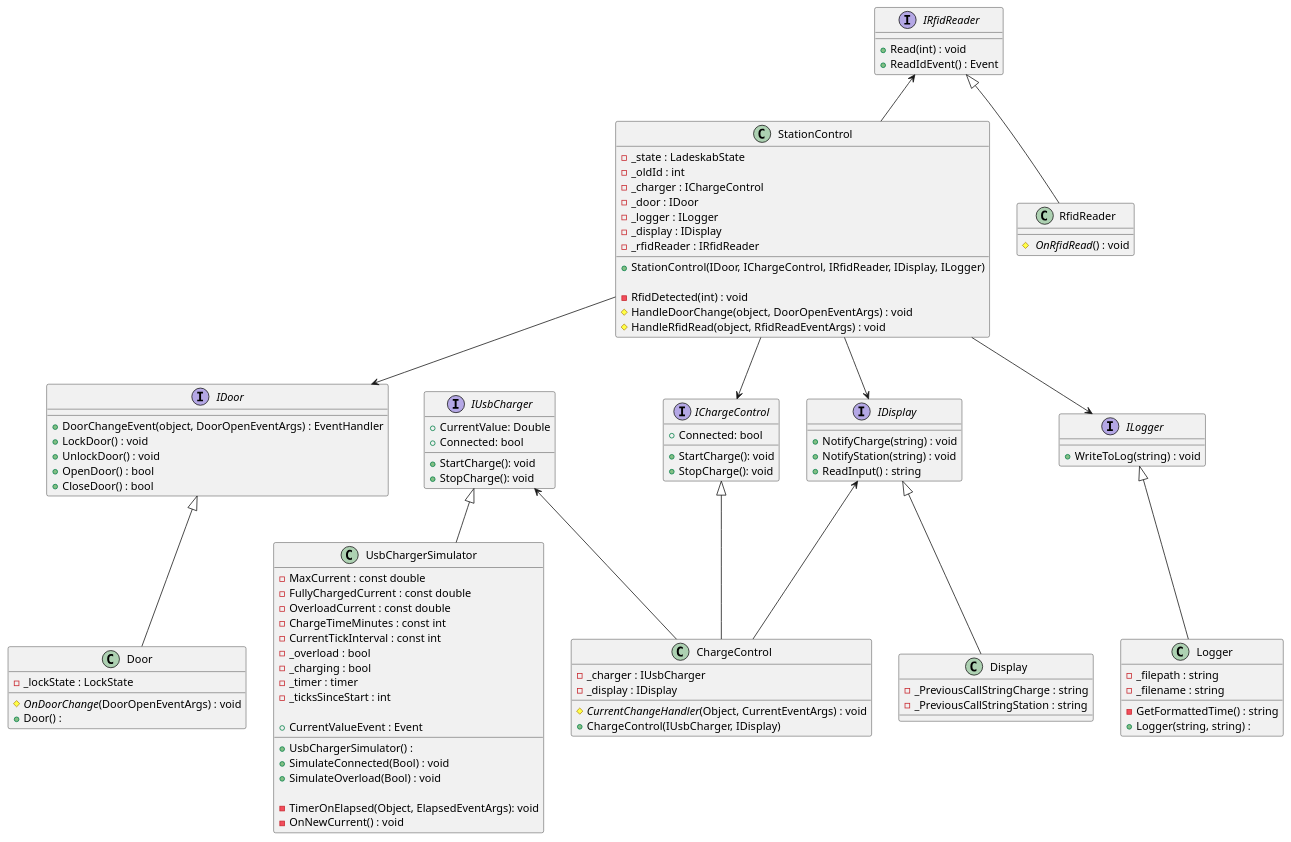
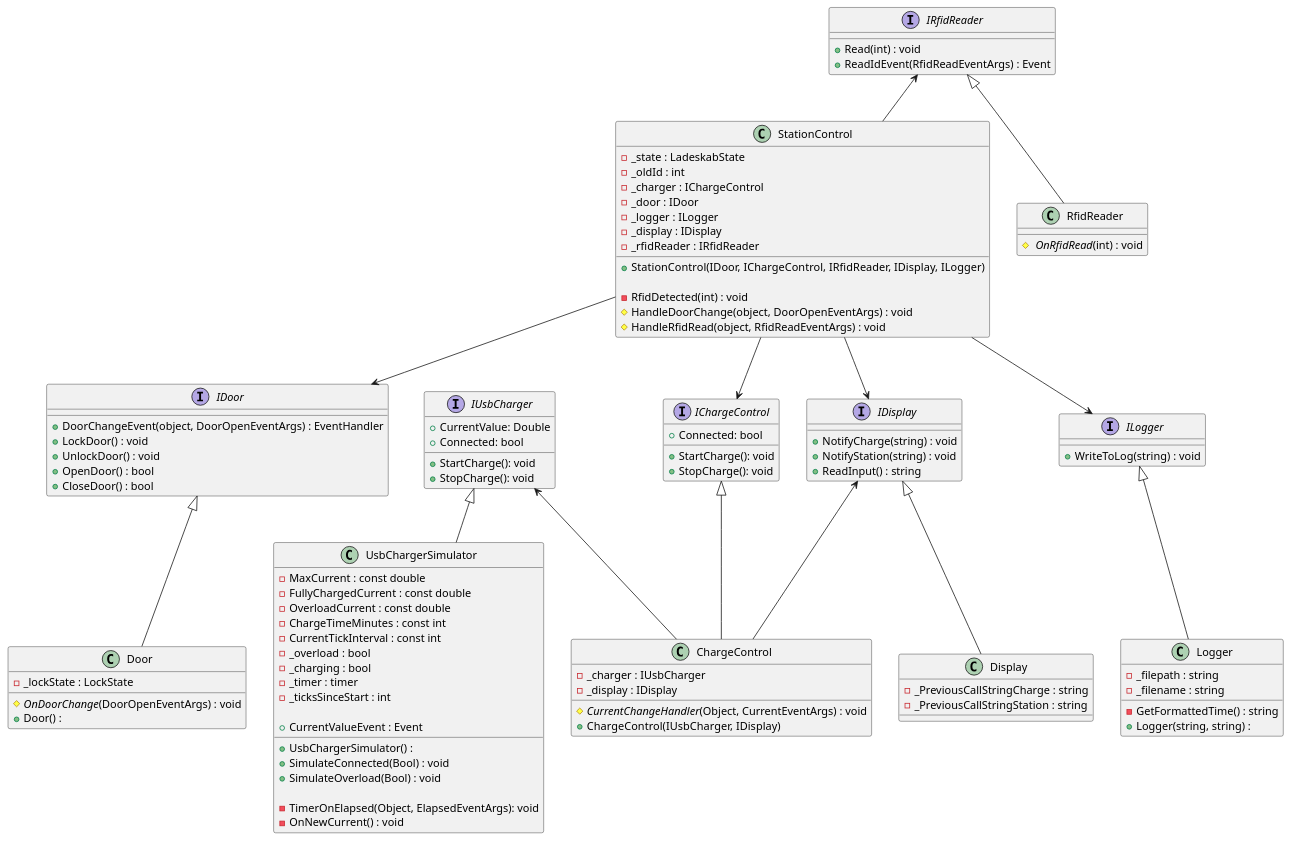
One commit to KunJakob/SWT-PhoneCharger changed the diagram in Diagrams/ClassDiagram.wsd. Above: the diagram before and after it, drawn with PlantUML. The commit also changed 1 other file, not shown here.

```diff
--- a/Diagrams/ClassDiagram.wsd
+++ b/Diagrams/ClassDiagram.wsd
@@ -1,149 +1,149 @@
 @startuml
 class StationControl
 {
     - _state : LadeskabState 
     - _oldId : int 
     - _charger : IChargeControl
     - _door : IDoor 
     - _logger : ILogger
     - _display : IDisplay
     - _rfidReader : IRfidReader
 
 
     + StationControl(IDoor, IChargeControl, IRfidReader, IDisplay, ILogger) 
 
     - RfidDetected(int) : void
      # HandleDoorChange(object, DoorOpenEventArgs) : void
      # HandleRfidRead(object, RfidReadEventArgs) : void
 }
 
 
 /' Door '/
 
 interface IDoor
 {
     + DoorChangeEvent(object, DoorOpenEventArgs) : EventHandler
     + LockDoor() : void
     + UnlockDoor() : void
     + OpenDoor() : bool
     + CloseDoor() : bool
 }
 
 class Door 
 {
     - _lockState : LockState
     # //OnDoorChange//(DoorOpenEventArgs) : void
     + Door() :
 }
 
 
 IDoor <|-- Door
 StationControl --> IDoor
 
 /' RFID READER '/
 
 interface IRfidReader{
 
     + Read(int) : void  
-    + ReadIdEvent() : Event 
+    + ReadIdEvent(RfidReadEventArgs) : Event 
 }
 
 class RfidReader
 {
-    # // OnRfidRead//() : void  
+    # // OnRfidRead//(int) : void  
 }
 
 IRfidReader <-- StationControl
 IRfidReader <|-- RfidReader
 
 /' USB Charger '/
 class UsbChargerSimulator
 {
     - MaxCurrent : const double
     - FullyChargedCurrent : const double
     - OverloadCurrent : const double
     - ChargeTimeMinutes : const int
     - CurrentTickInterval : const int
     - _overload : bool
     - _charging : bool
     - _timer : timer
     - _ticksSinceStart : int
 
     + CurrentValueEvent : Event
 
     + UsbChargerSimulator() :
     + SimulateConnected(Bool) : void
     + SimulateOverload(Bool) : void
 
     - TimerOnElapsed(Object, ElapsedEventArgs): void
     - OnNewCurrent() : void
 }
 
 interface IUsbCharger
 {
     +CurrentValue: Double
     +Connected: bool
     +StartCharge(): void
     +StopCharge(): void
 }
 
 IUsbCharger <|-- UsbChargerSimulator
 
 /' ChargeControl '/
 
 interface IChargeControl
 {
     +Connected: bool
     +StartCharge(): void
     +StopCharge(): void
 }
 class ChargeControl
 {
     - _charger : IUsbCharger
     - _display : IDisplay
     # //CurrentChangeHandler//(Object, CurrentEventArgs) : void
     + ChargeControl(IUsbCharger, IDisplay)
 }
 IChargeControl <|-- ChargeControl
 StationControl --> IChargeControl
 IUsbCharger <-- ChargeControl
 IDisplay <-- ChargeControl
 /' Display '/
 
 interface IDisplay
 {
     + NotifyCharge(string) : void
     + NotifyStation(string) : void
     + ReadInput() : string
 }
 
 class Display
 {
 
     - _PreviousCallStringCharge : string
     - _PreviousCallStringStation : string
 }
     IDisplay <|-- Display
     StationControl --> IDisplay
 
 /' Logger '/
 
 class Logger
 {
     - _filepath : string
     - _filename : string
     - GetFormattedTime() : string
     + Logger(string, string) : 
 
 }
 
 
 interface ILogger
 {
     + WriteToLog(string) : void
 }
 
 ILogger <|-- Logger
 StationControl --> ILogger
 
 @enduml
```
